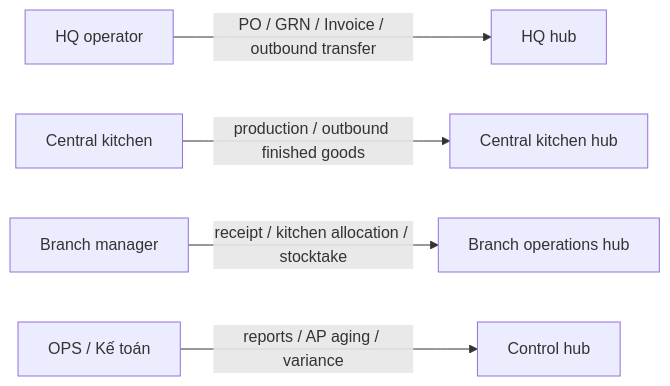
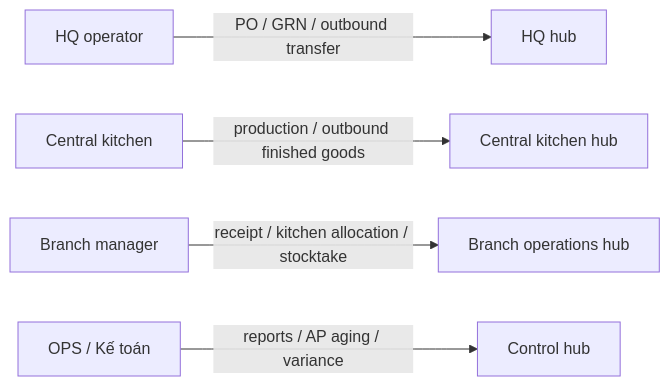
Diagram 11 of 11 in docs/worklog/inventory/inventory-ux-workflow-review.md (comtammatu/comtammatu), drawn with Mermaid before and after one commit. The commit also changed other lines of this file and 18 other files, not shown here.

````diff
--- a/docs/worklog/inventory/inventory-ux-workflow-review.md
+++ b/docs/worklog/inventory/inventory-ux-workflow-review.md
@@ -398,12 +398,12 @@
 ```mermaid
 flowchart LR
     HQ["HQ operator"]
     CK["Central kitchen"]
     BM["Branch manager"]
     OPS["OPS / Kế toán"]
 
-    HQ -->|"PO / GRN / Invoice / outbound transfer"| H1["HQ hub"]
+    HQ -->|"PO / GRN / outbound transfer"| H1["HQ hub"]
     CK -->|"production / outbound finished goods"| H2["Central kitchen hub"]
     BM -->|"receipt / kitchen allocation / stocktake"| H3["Branch operations hub"]
     OPS -->|"reports / AP aging / variance"| H4["Control hub"]
 ```
````
